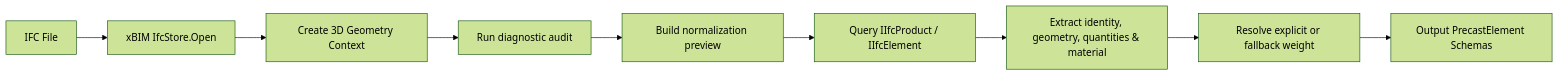
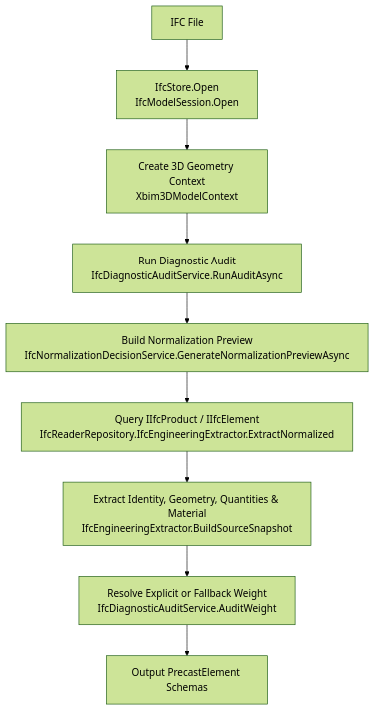
One commit to ITI-intake46/CranePathOptimizer changed the diagram in docs/domain/ifc.md. Above: the diagram before and after it, drawn with Mermaid (forest theme). The commit also changed other lines of this file and 5 other files, not shown here.

First line of the commit message:
docs: audit and update IFC, GA, engine, and rendering docs

````diff
--- a/docs/domain/ifc.md
+++ b/docs/domain/ifc.md
@@ -9,11 +9,11 @@
 ```mermaid
-graph LR
-    BIM[IFC File] --> Open[xBIM IfcStore.Open]
-    Open --> Context[Create 3D Geometry Context]
-    Context --> Audit[Run diagnostic audit]
-    Audit --> Normalize[Build normalization preview]
-    Normalize --> Filter[Query IIfcProduct / IIfcElement]
-    Filter --> Parse[Extract identity, geometry, quantities & material]
-    Parse --> Weight[Resolve explicit or fallback weight]
+graph TD
+    BIM[IFC File] --> Open[IfcStore.Open<br/>IfcModelSession.Open]
+    Open --> Context[Create 3D Geometry Context<br/>Xbim3DModelContext]
+    Context --> Audit[Run Diagnostic Audit<br/>IfcDiagnosticAuditService.RunAuditAsync]
+    Audit --> Normalize[Build Normalization Preview<br/>IfcNormalizationDecisionService.GenerateNormalizationPreviewAsync]
+    Normalize --> Filter[Query IIfcProduct / IIfcElement<br/>IfcReaderRepository.IfcEngineeringExtractor.ExtractNormalized]
+    Filter --> Parse[Extract Identity, Geometry, Quantities & Material<br/>IfcEngineeringExtractor.BuildSourceSnapshot]
+    Parse --> Weight[Resolve Explicit or Fallback Weight<br/>IfcDiagnosticAuditService.AuditWeight]
     Weight --> DTO[Output PrecastElement Schemas]
 ```
````
